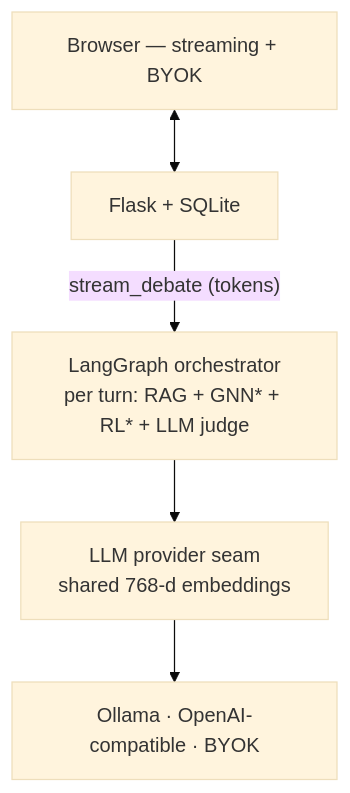
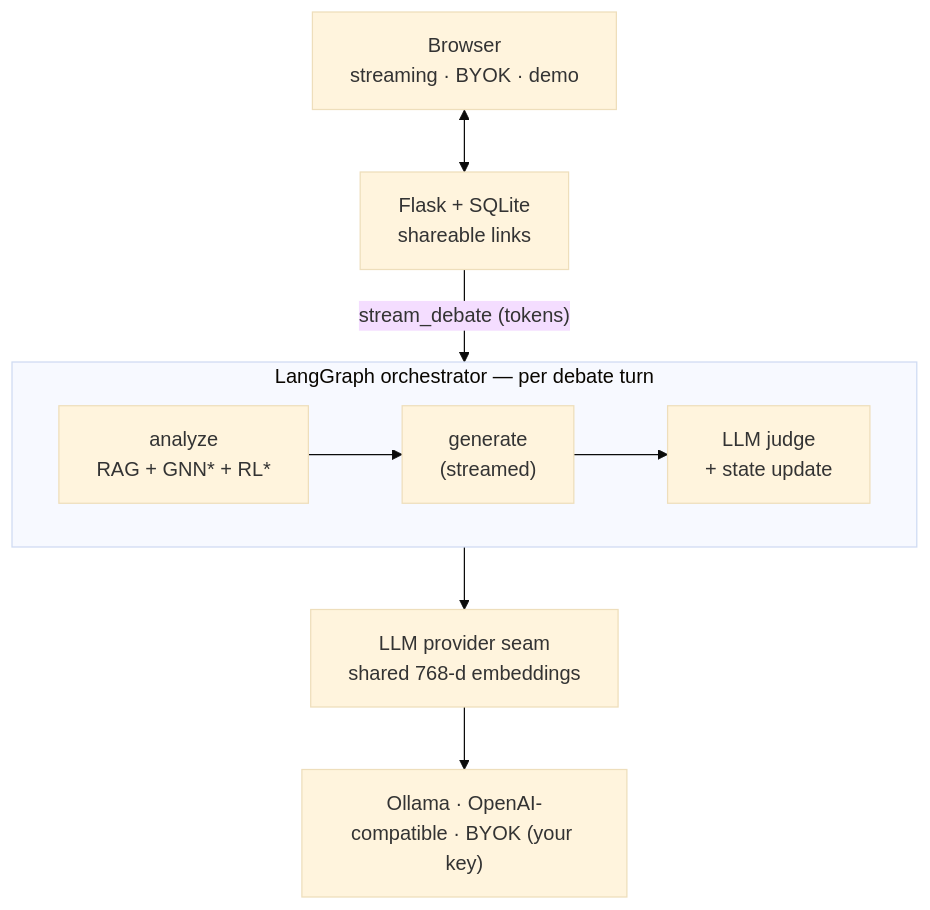
One commit to AluminumShark/Social-Debate-AI changed the diagram in README.md. Above: the diagram before and after it, drawn with Mermaid (base theme). The commit also changed other lines of this file, not shown here.

First line of the commit message:
docs: keep a single redesigned architecture diagram in the README

````diff
--- a/README.md
+++ b/README.md
@@ -57,7 +57,13 @@
 ```mermaid
 flowchart TB
-    U["Browser — streaming + BYOK"] <--> F["Flask + SQLite"]
-    F -->|"stream_debate (tokens)"| O["LangGraph orchestrator<br/>per turn: RAG + GNN* + RL* + LLM judge"]
+    U["Browser<br/>streaming · BYOK · demo"] <--> F["Flask + SQLite<br/>shareable links"]
+    F -->|"stream_debate (tokens)"| O
+
+    subgraph O["LangGraph orchestrator — per debate turn"]
+        direction LR
+        AN["analyze<br/>RAG + GNN* + RL*"] --> GEN["generate<br/>(streamed)"] --> JU["LLM judge<br/>+ state update"]
+    end
+
     O --> S["LLM provider seam<br/>shared 768-d embeddings"]
-    S --> B["Ollama · OpenAI-compatible · BYOK"]
+    S --> B["Ollama · OpenAI-compatible · BYOK (your key)"]
 ```
````
